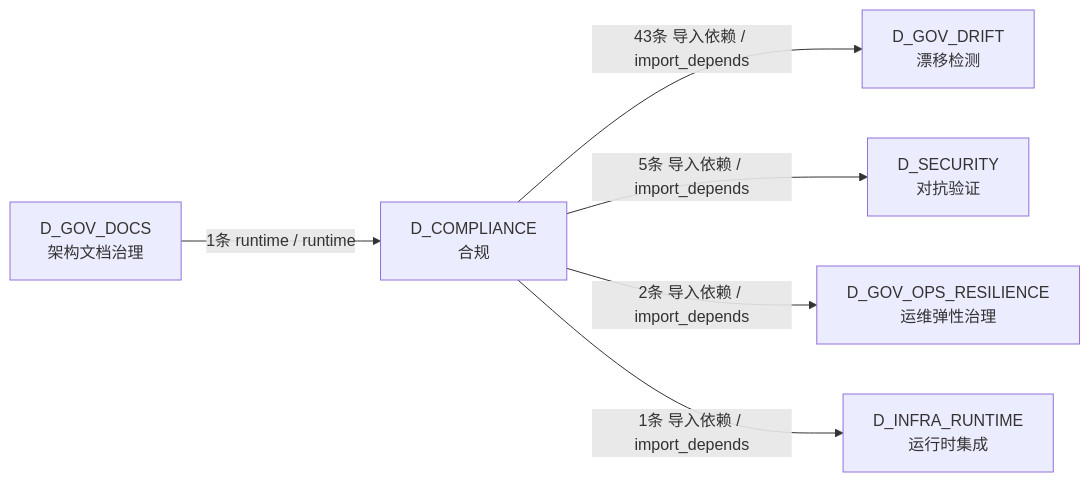
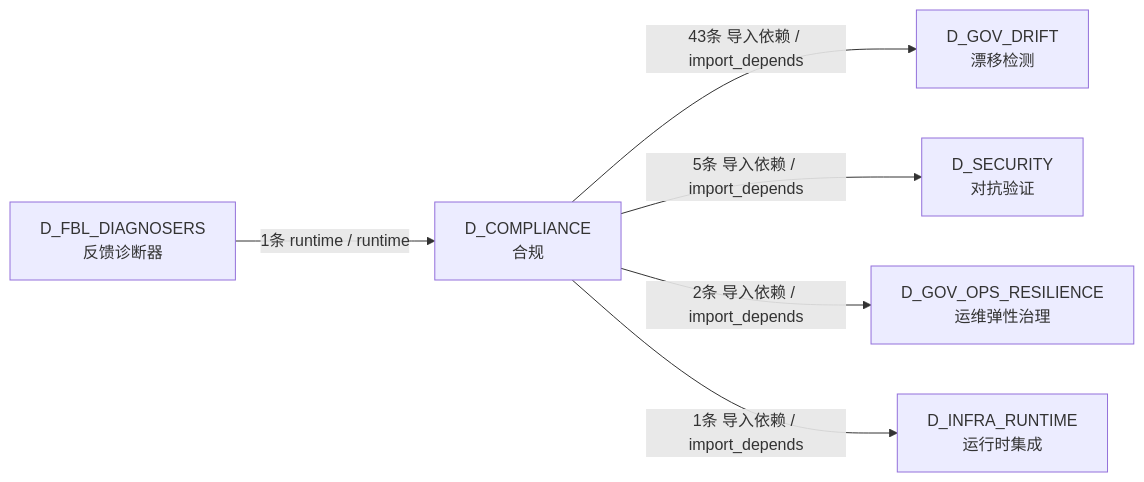
Before and after one commit to xuanFelixVan/ZephyrAlpha: the third of 3 diagrams in docs/02_enterprise_architecture/02_domain_architecture_docs/60_d_compliance.md, drawn with Mermaid. The commit also changed other lines of this file and 126 other files, not shown here.

````diff
--- a/docs/02_enterprise_architecture/02_domain_architecture_docs/60_d_compliance.md
+++ b/docs/02_enterprise_architecture/02_domain_architecture_docs/60_d_compliance.md
@@ -231,14 +231,14 @@
 ```mermaid
 graph LR
     D_COMPLIANCE["D_COMPLIANCE<br/>合规"]
     D_GOV_DRIFT["D_GOV_DRIFT<br/>漂移检测"]
     D_SECURITY["D_SECURITY<br/>对抗验证"]
     D_GOV_OPS_RESILIENCE["D_GOV_OPS_RESILIENCE<br/>运维弹性治理"]
     D_INFRA_RUNTIME["D_INFRA_RUNTIME<br/>运行时集成"]
-    D_GOV_DOCS["D_GOV_DOCS<br/>架构文档治理"]
+    D_FBL_DIAGNOSERS["D_FBL_DIAGNOSERS<br/>反馈诊断器"]
     D_COMPLIANCE -->|43条 导入依赖 / import_depends| D_GOV_DRIFT
     D_COMPLIANCE -->|5条 导入依赖 / import_depends| D_SECURITY
     D_COMPLIANCE -->|2条 导入依赖 / import_depends| D_GOV_OPS_RESILIENCE
     D_COMPLIANCE -->|1条 导入依赖 / import_depends| D_INFRA_RUNTIME
-    D_GOV_DOCS -->|1条 runtime / runtime| D_COMPLIANCE
+    D_FBL_DIAGNOSERS -->|1条 runtime / runtime| D_COMPLIANCE
 ```
````
